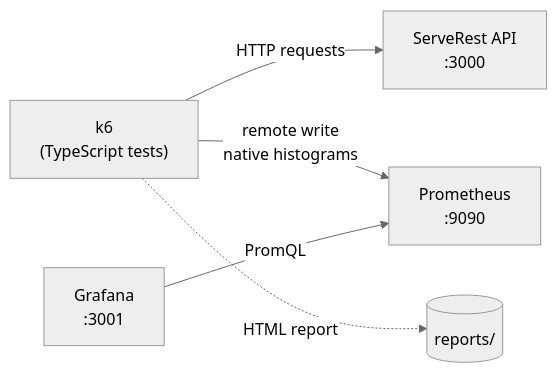
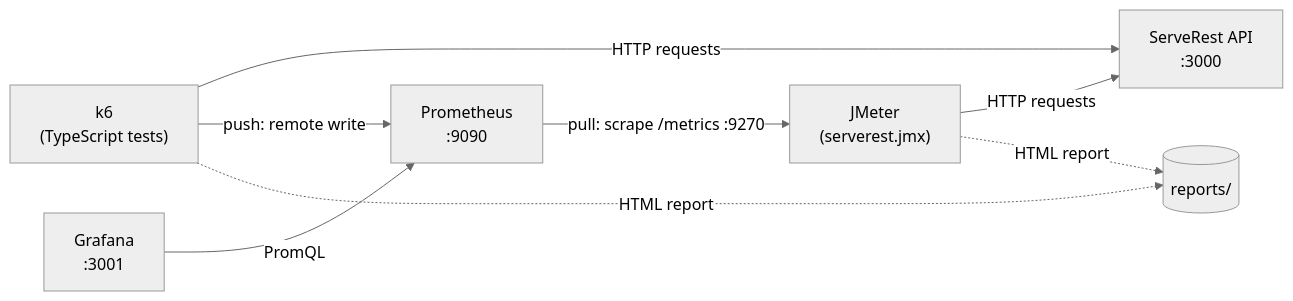
One commit to argemirocosta/performance-testing changed the diagram in README.md. Above: the diagram before and after it, drawn with Mermaid (neutral theme). The commit also changed other lines of this file and 22 other files, not shown here.

````diff
--- a/README.md
+++ b/README.md
@@ -7,7 +12,10 @@
 ```mermaid
 flowchart LR
     k6["k6<br/>(TypeScript tests)"] -- HTTP requests --> api["ServeRest API<br/>:3000"]
-    k6 -- remote write<br/>native histograms --> prom["Prometheus<br/>:9090"]
+    jmeter["JMeter<br/>(serverest.jmx)"] -- HTTP requests --> api
+    k6 -- push: remote write --> prom["Prometheus<br/>:9090"]
+    prom -- pull: scrape /metrics :9270 --> jmeter
     grafana["Grafana<br/>:3001"] -- PromQL --> prom
     k6 -. HTML report .-> reports[("reports/")]
+    jmeter -. HTML report .-> reports
 ```
````
